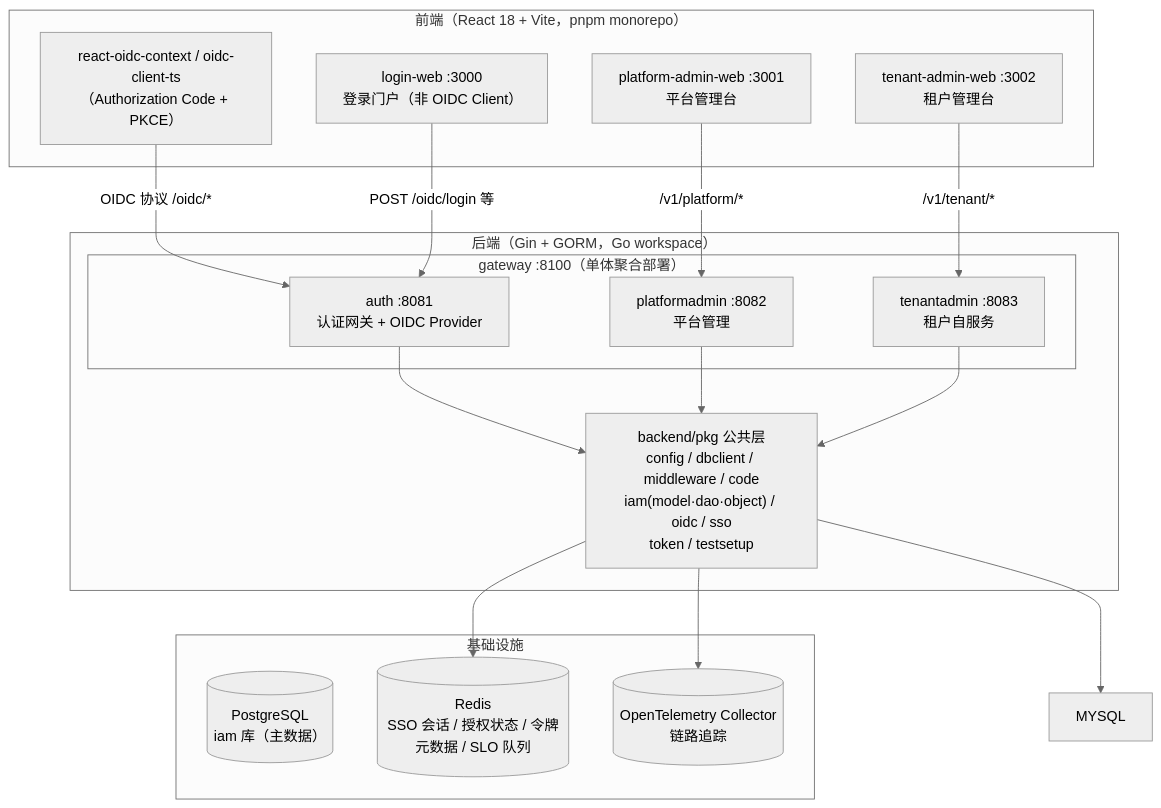
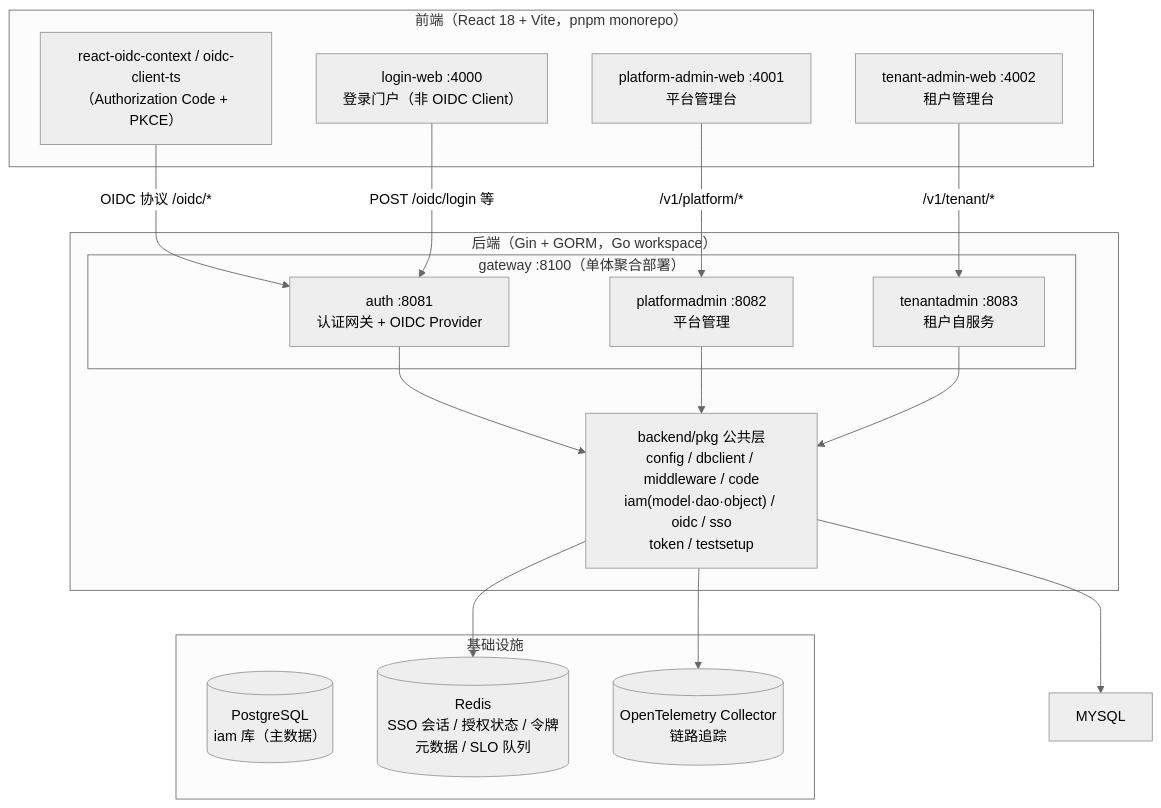
The first of 13 diagrams in docs/design/system-design.md (morehao/ark-iam), drawn with Mermaid (neutral theme) before and after one commit. The commit also changed other lines of this file and 105 other files, not shown here.

````diff
--- a/docs/design/system-design.md
+++ b/docs/design/system-design.md
@@ -61,35 +61,35 @@
 ```mermaid
 flowchart TB
     subgraph FE["前端（React 18 + Vite，pnpm monorepo）"]
-        LW["login-web :3000<br/>登录门户（非 OIDC Client）"]
-        PW["platform-admin-web :3001<br/>平台管理台"]
-        TW["tenant-admin-web :3002<br/>租户管理台"]
+        LW["login-web :4000<br/>登录门户（非 OIDC Client）"]
+        PW["platform-admin-web :4001<br/>平台管理台"]
+        TW["tenant-admin-web :4002<br/>租户管理台"]
         OIDCSDK["react-oidc-context / oidc-client-ts<br/>（Authorization Code + PKCE）"]
     end
 
     subgraph BE["后端（Gin + GORM，Go workspace）"]
         subgraph GATEWAY["gateway :8100（单体聚合部署）"]
             AUTH["auth :8081<br/>认证网关 + OIDC Provider"]
             PLAT["platformadmin :8082<br/>平台管理"]
             TENANT["tenantadmin :8083<br/>租户自服务"]
         end
         PKG["backend/pkg 公共层<br/>config / dbclient / middleware / code<br/>iam(model·dao·object) / oidc / sso<br/>token / testsetup"]
     end
 
     subgraph INFRA["基础设施"]
         PG[("PostgreSQL<br/>iam 库（主数据）")]
         REDIS[("Redis<br/>SSO 会话 / 授权状态 / 令牌元数据 / SLO 队列")]
         OTLP[("OpenTelemetry Collector<br/>链路追踪")]
     end
 
     OIDCSDK -->|"OIDC 协议 /oidc/*"| AUTH
     LW -->|"POST /oidc/login 等"| AUTH
     PW -->|"/v1/platform/*"| PLAT
     TW -->|"/v1/tenant/*"| TENANT
     AUTH --> PKG
     PLAT --> PKG
     TENANT --> PKG
     PKG --> MYSQL
     PKG --> REDIS
     PKG --> OTLP
 ```
````
